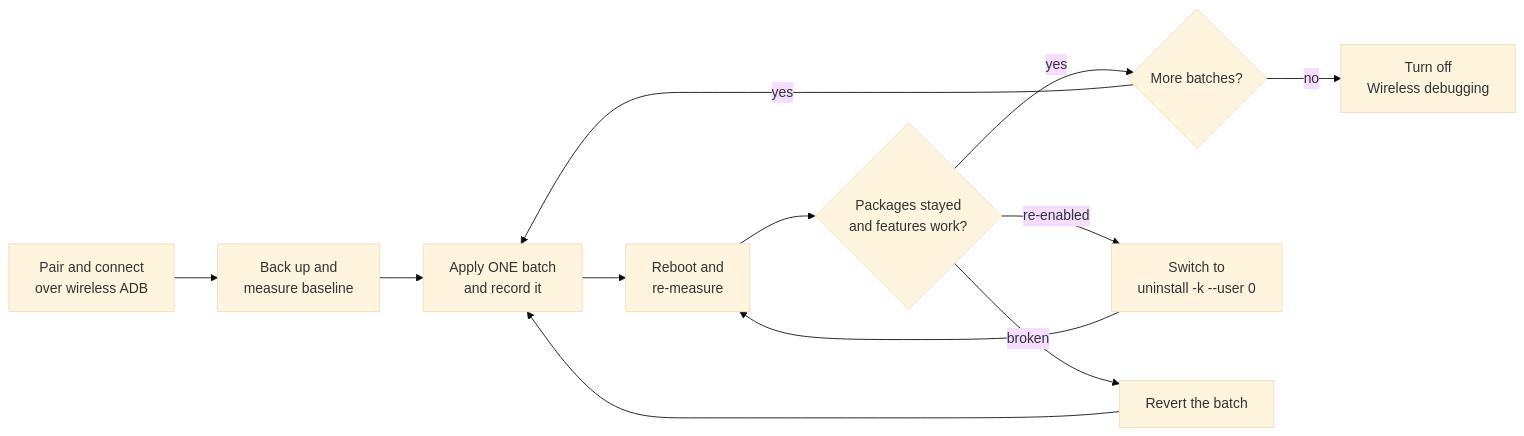
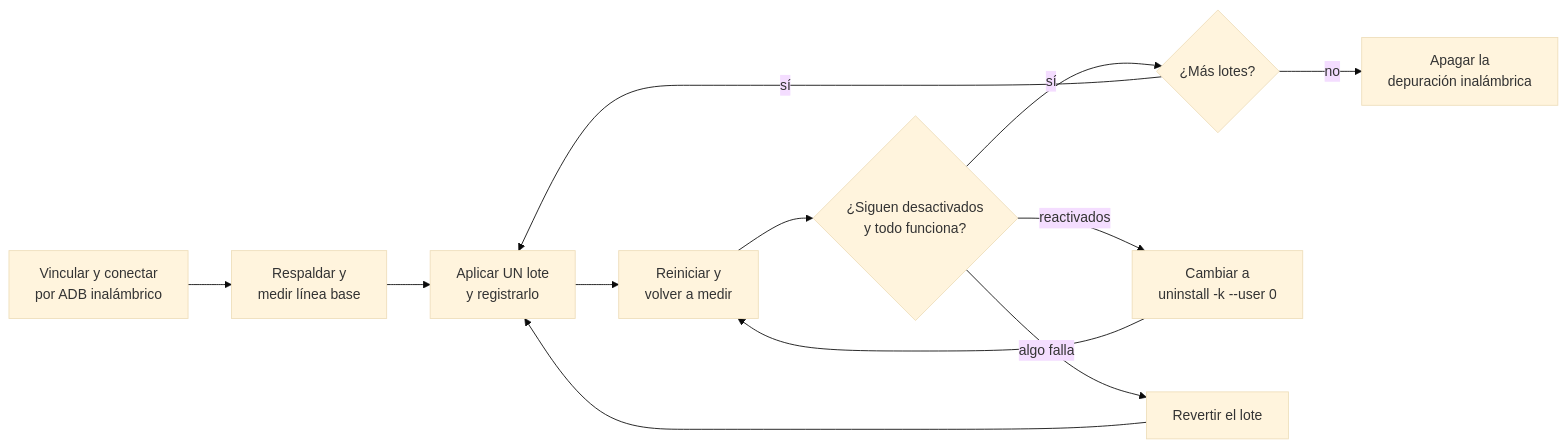
Before and after one commit to ItaloFabioSinisiQ/android-tv-debloat: the diagram in README.md, drawn with Mermaid (base theme). The commit also changed other lines of this file and 1 other file, not shown here.

````diff
--- a/README.md
+++ b/README.md
@@ -75,14 +79,14 @@
 ```mermaid
 flowchart LR
-    A[Pair and connect<br/>over wireless ADB] --> B[Back up and<br/>measure baseline]
-    B --> C[Apply ONE batch<br/>and record it]
-    C --> D[Reboot and<br/>re-measure]
-    D --> E{Packages stayed<br/>and features work?}
-    E -- yes --> F{More batches?}
-    F -- yes --> C
-    E -- re-enabled --> G[Switch to<br/>uninstall -k --user 0]
+    A[Vincular y conectar<br/>por ADB inalámbrico] --> B[Respaldar y<br/>medir línea base]
+    B --> C[Aplicar UN lote<br/>y registrarlo]
+    C --> D[Reiniciar y<br/>volver a medir]
+    D --> E{¿Siguen desactivados<br/>y todo funciona?}
+    E -- sí --> F{¿Más lotes?}
+    F -- sí --> C
+    E -- reactivados --> G[Cambiar a<br/>uninstall -k --user 0]
     G --> D
-    E -- broken --> H[Revert the batch]
+    E -- algo falla --> H[Revertir el lote]
     H --> C
-    F -- no --> I[Turn off<br/>Wireless debugging]
+    F -- no --> I[Apagar la<br/>depuración inalámbrica]
 ```
````
